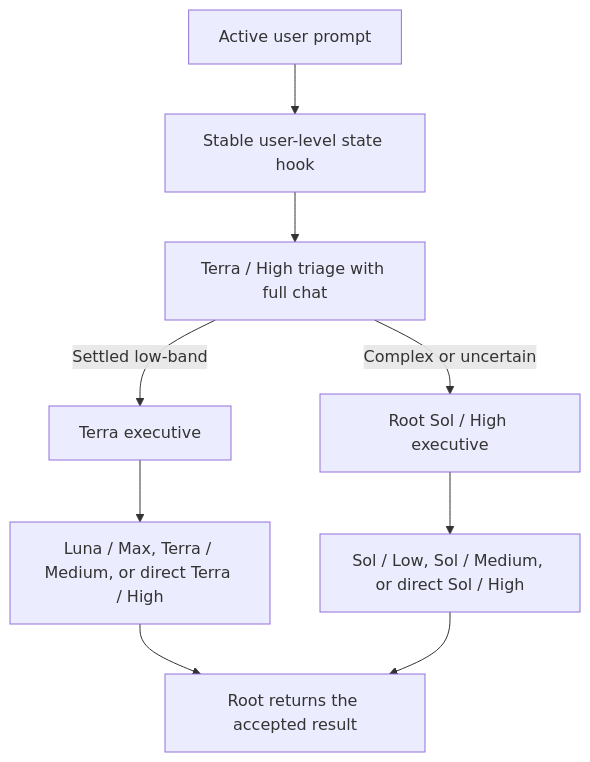
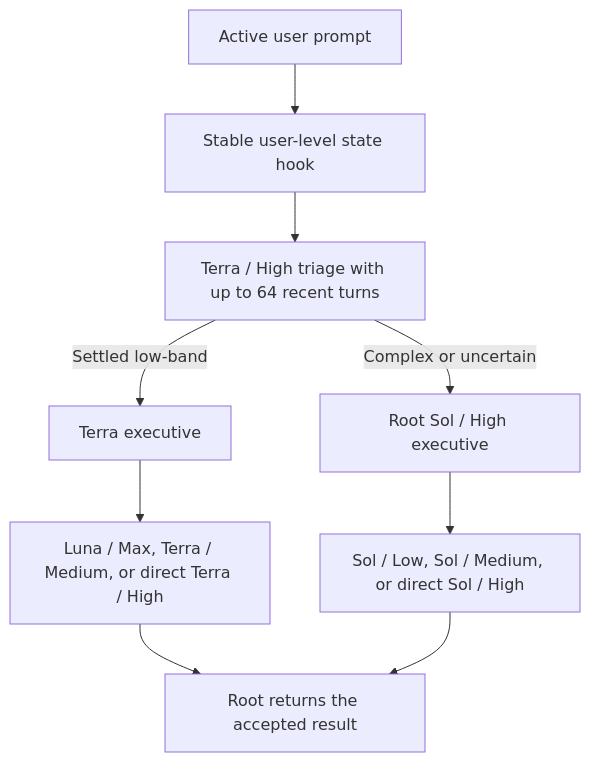
Before and after one commit to jessejaffe/codex-orchestration: the diagram in README.md, drawn with Mermaid. The commit also changed other lines of this file and 7 other files, not shown here.

````diff
--- a/README.md
+++ b/README.md
@@ -39,11 +42,11 @@
 ```mermaid
 flowchart TD
     U["Active user prompt"] --> H["Stable user-level state hook"]
-    H --> T["Terra / High triage with full chat"]
+    H --> T["Terra / High triage with up to 64 recent turns"]
     T -->|"Settled low-band"| L["Terra executive"]
     L --> P1["Luna / Max, Terra / Medium, or direct Terra / High"]
     T -->|"Complex or uncertain"| S["Root Sol / High executive"]
     S --> P2["Sol / Low, Sol / Medium, or direct Sol / High"]
     P1 --> R["Root returns the accepted result"]
     P2 --> R
 ```
````
